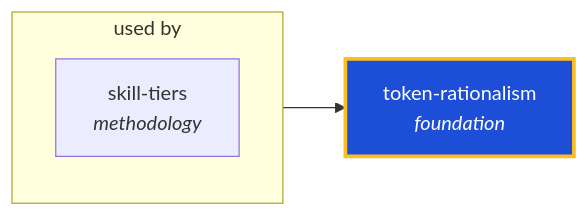
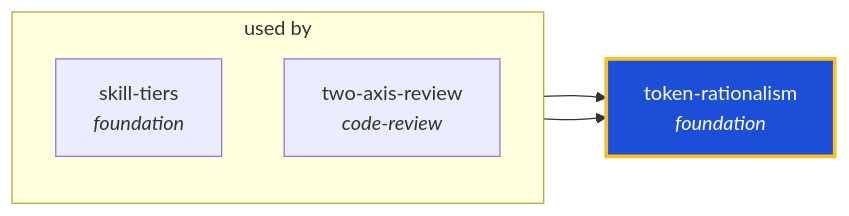
One commit to ThePlenkov/skills changed the diagram in docs/graphs/generated/token-rationalism.md. Above: the diagram before and after it, drawn with Mermaid. The commit also changed other lines of this file and 76 other files, not shown here.

````diff
--- a/docs/graphs/generated/token-rationalism.md
+++ b/docs/graphs/generated/token-rationalism.md
@@ -22,13 +22,15 @@
 ```mermaid
 graph LR
   token_rationalism["token-rationalism<br/><i>foundation</i>"]
   classDef center fill:#1d4ed8,stroke:#fbbf24,stroke-width:3px,color:#fff
   class token_rationalism center
 
   subgraph sg_used_by["used by"]
     direction TB
-    skill_tiers["skill-tiers<br/><i>methodology</i>"]
+    skill_tiers["skill-tiers<br/><i>foundation</i>"]
+    two_axis_review["two-axis-review<br/><i>code-review</i>"]
   end
   skill_tiers --> token_rationalism
+  two_axis_review --> token_rationalism
 
 ```
````
